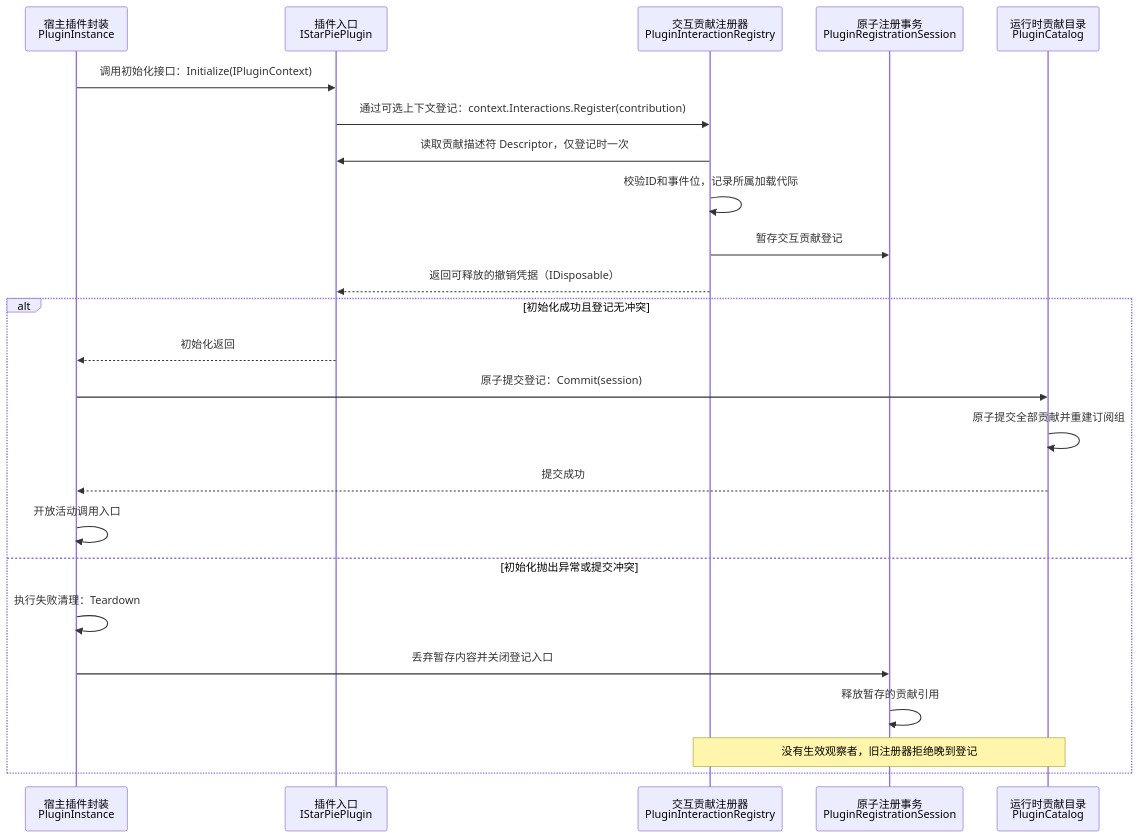
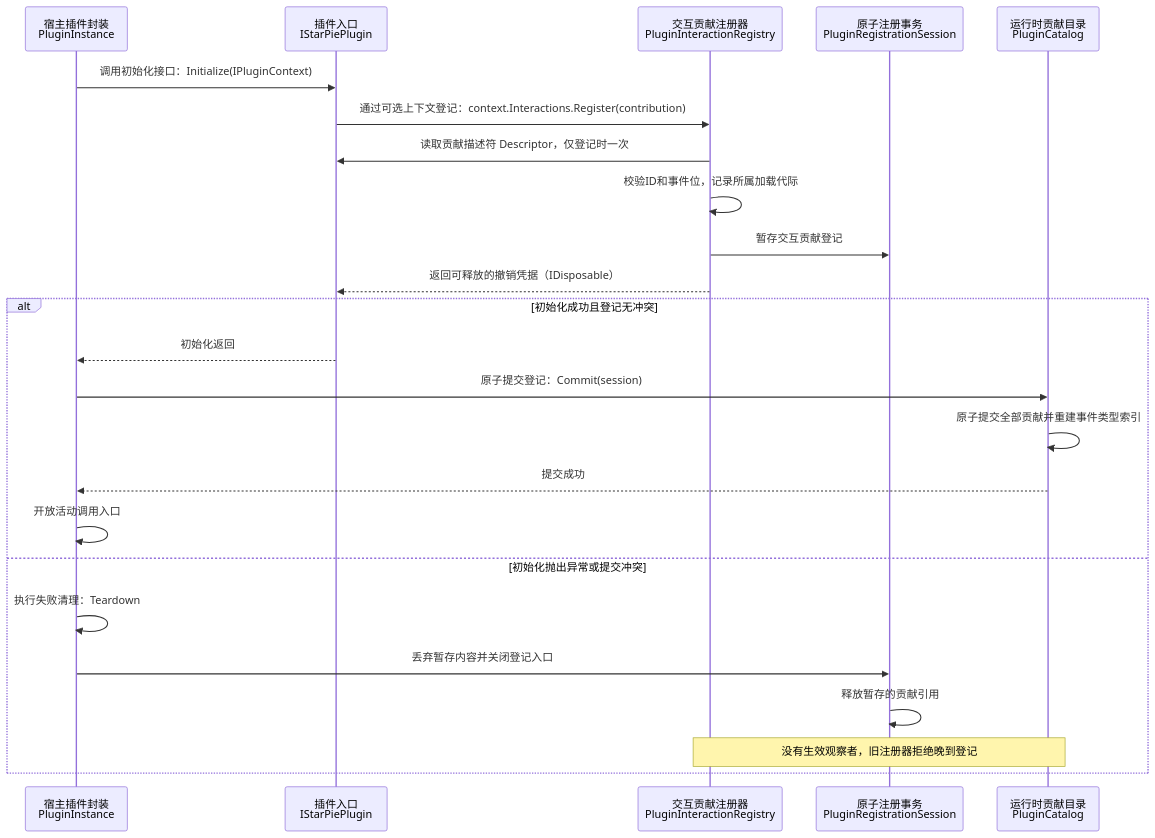
One commit to Masskii/StarPie changed the ninth of 19 diagrams in plugin/docs/plugin-system-architecture-map.md. Above: the diagram before and after it, drawn with Mermaid. The commit also changed other lines of this file and 8 other files, not shown here.

````diff
--- a/plugin/docs/plugin-system-architecture-map.md
+++ b/plugin/docs/plugin-system-architecture-map.md
@@ -701,26 +701,26 @@
 ```mermaid
 sequenceDiagram
     participant I as 宿主插件封装<br/>PluginInstance
     participant P as 插件入口<br/>IStarPiePlugin
     participant R as 交互贡献注册器<br/>PluginInteractionRegistry
     participant S as 原子注册事务<br/>PluginRegistrationSession
     participant C as 运行时贡献目录<br/>PluginCatalog
     I->>P: 调用初始化接口：Initialize(IPluginContext)
     P->>R: 通过可选上下文登记：context.Interactions.Register(contribution)
     R->>P: 读取贡献描述符 Descriptor，仅登记时一次
     R->>R: 校验ID和事件位，记录所属加载代际
     R->>S: 暂存交互贡献登记
     R-->>P: 返回可释放的撤销凭据（IDisposable）
     alt 初始化成功且登记无冲突
         P-->>I: 初始化返回
         I->>C: 原子提交登记：Commit(session)
-        C->>C: 原子提交全部贡献并重建订阅组
+        C->>C: 原子提交全部贡献并重建事件类型索引
         C-->>I: 提交成功
         I->>I: 开放活动调用入口
     else 初始化抛出异常或提交冲突
         I->>I: 执行失败清理：Teardown
         I->>S: 丢弃暂存内容并关闭登记入口
         S->>S: 释放暂存的贡献引用
         Note over R,C: 没有生效观察者，旧注册器拒绝晚到登记
     end
 ```
````
